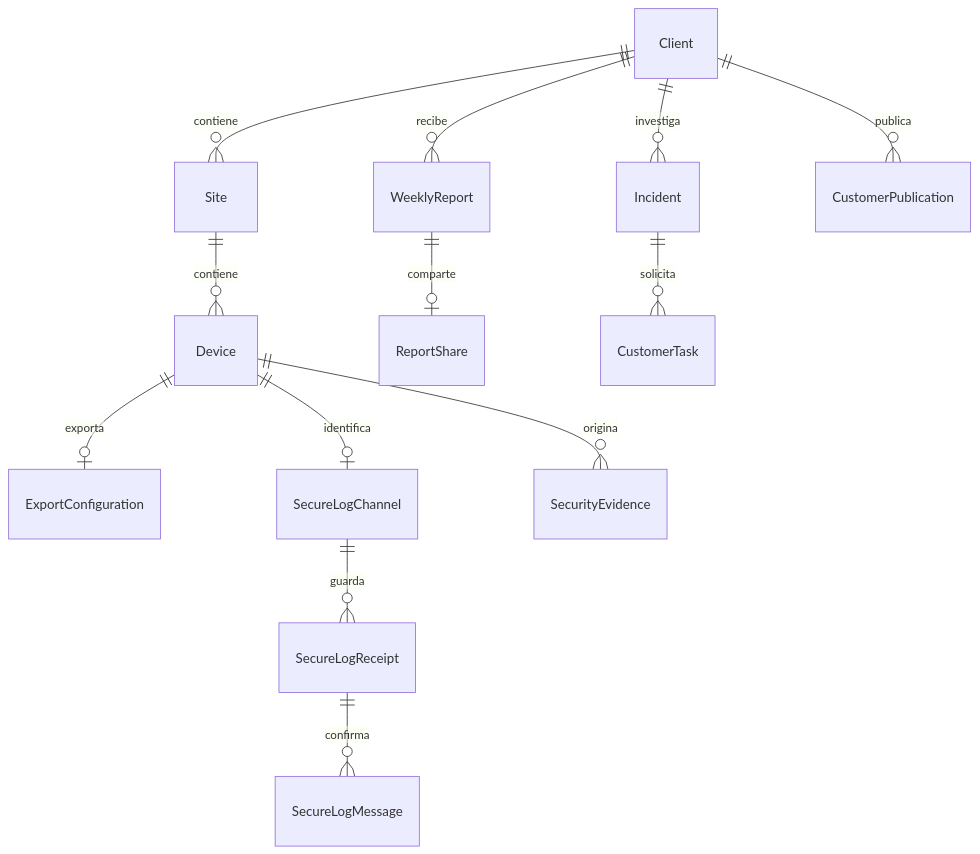
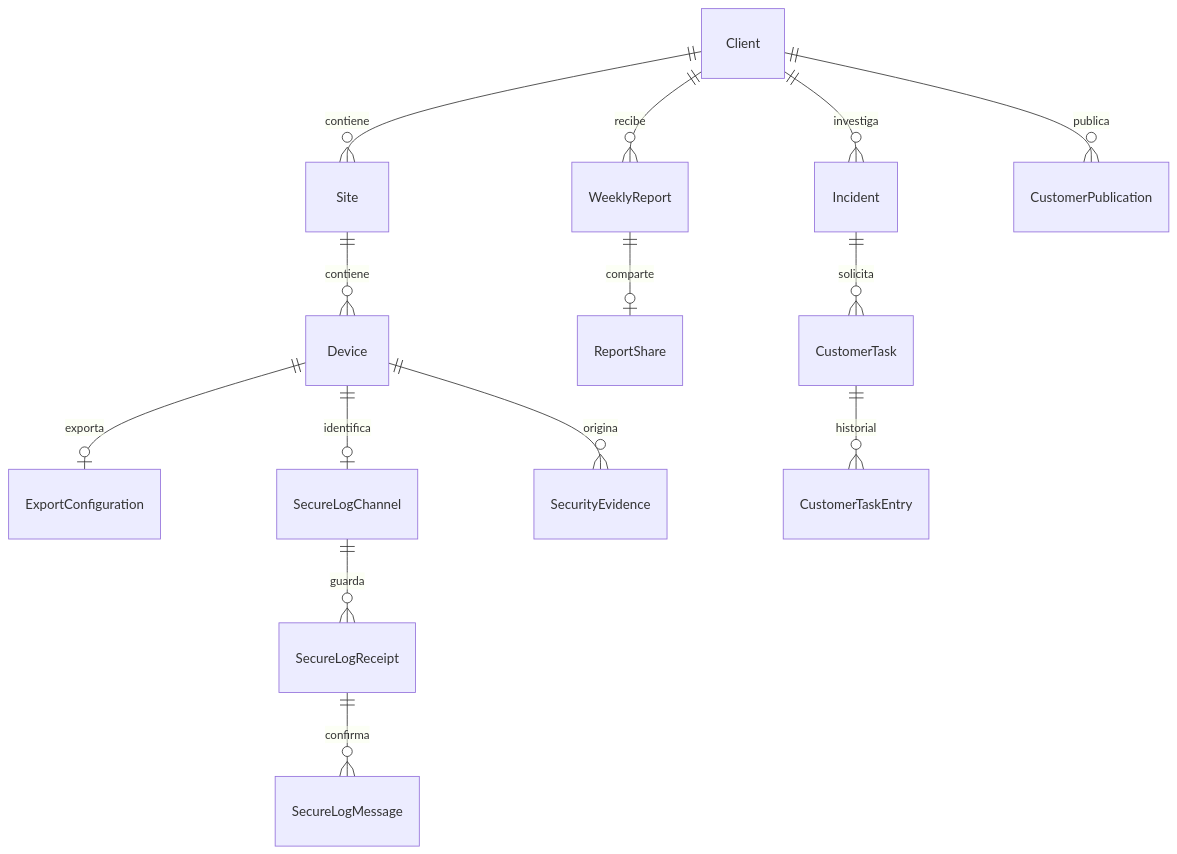
The diagram in docs/domain-model.md (hidagar/soc), drawn with Mermaid before and after one commit. The commit also changed other lines of this file and 18 other files, not shown here.

````diff
--- a/docs/domain-model.md
+++ b/docs/domain-model.md
@@ -5,15 +5,16 @@
 ```mermaid
 erDiagram
   Client ||--o{ Site : contiene
   Site ||--o{ Device : contiene
   Device ||--o| ExportConfiguration : exporta
   Device ||--o| SecureLogChannel : identifica
   SecureLogChannel ||--o{ SecureLogReceipt : guarda
   SecureLogReceipt ||--o{ SecureLogMessage : confirma
   Device ||--o{ SecurityEvidence : origina
   Client ||--o{ WeeklyReport : recibe
   WeeklyReport ||--o| ReportShare : comparte
   Client ||--o{ Incident : investiga
   Incident ||--o{ CustomerTask : solicita
+  CustomerTask ||--o{ CustomerTaskEntry : historial
   Client ||--o{ CustomerPublication : publica
 ```
````
